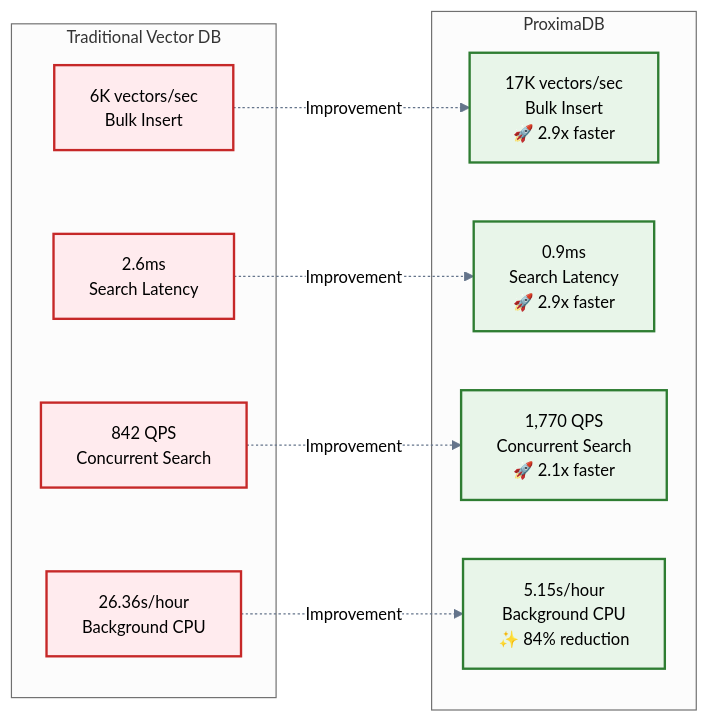
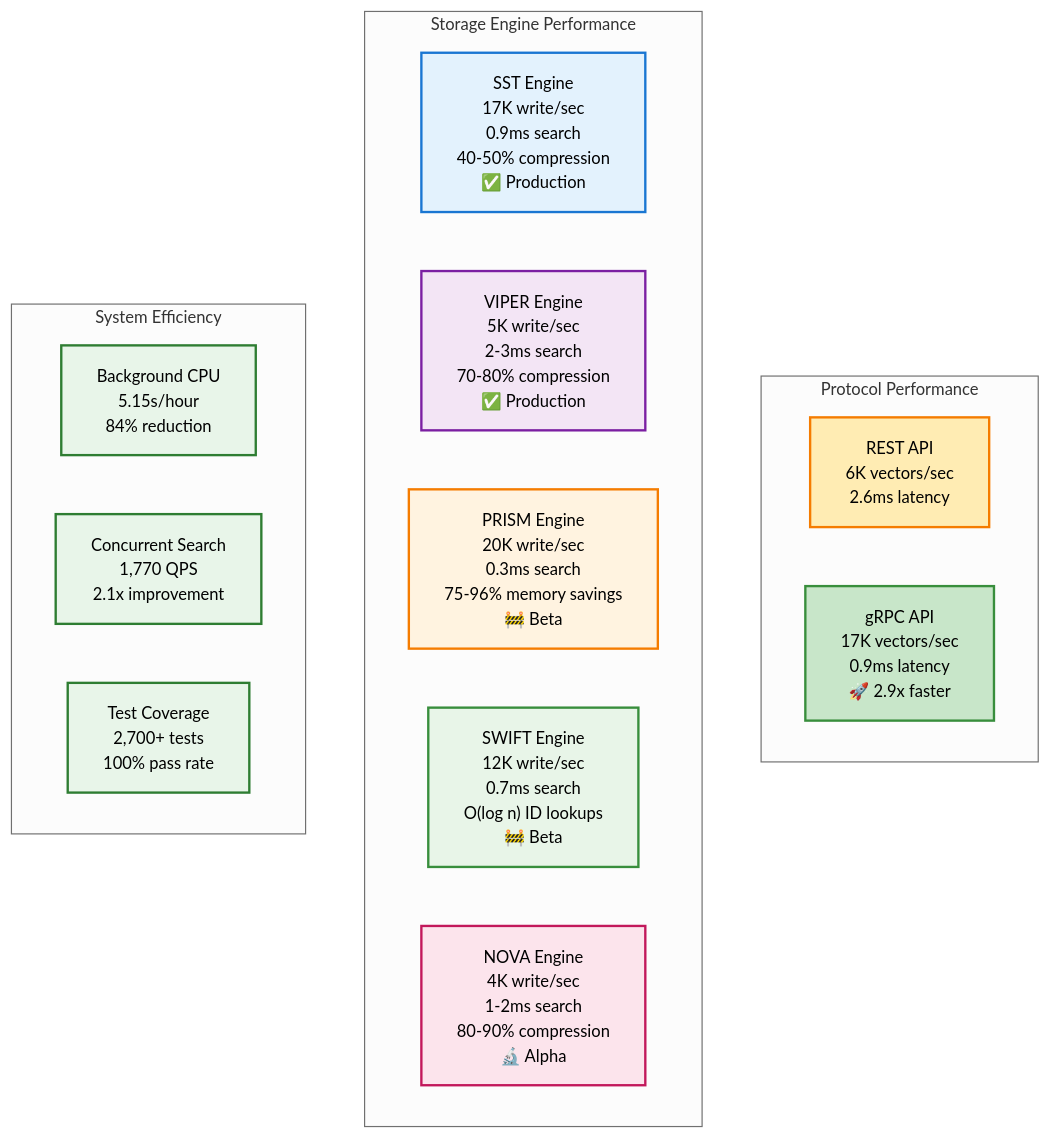
One commit to vjsingh1984/proximaDB changed the diagram in docs/diagrams/performance-metrics.mmd. Above: the diagram before and after it, drawn with Mermaid. The commit also changed 26 other files, not shown here.

```diff
--- a/docs/diagrams/performance-metrics.mmd
+++ b/docs/diagrams/performance-metrics.mmd
@@ -1,30 +1,36 @@
 %%{init: {"theme":"neutral", "themeVariables": {"primaryColor":"#4A90E2","primaryBorderColor":"#2563eb","secondaryColor":"#5CB85C","tertiaryColor":"#F5A623","lineColor":"#64748b","background":"transparent","fontFamily":"-apple-system, BlinkMacSystemFont, Segoe UI, Roboto, sans-serif","fontSize":"14px"}}}%%
-graph LR
-    subgraph "Traditional Vector DB"
-        T1["6K vectors/sec<br/>Bulk Insert"] 
-        T2["2.6ms<br/>Search Latency"]
-        T3["842 QPS<br/>Concurrent Search"]
-        T4["26.36s/hour<br/>Background CPU"]
+graph TB
+    subgraph "Protocol Performance"
+        REST["REST API<br/>6K vectors/sec<br/>2.6ms latency"]
+        GRPC["gRPC API<br/>17K vectors/sec<br/>0.9ms latency<br/>🚀 2.9x faster"]
     end
     
-    subgraph "ProximaDB"
-        P1["17K vectors/sec<br/>Bulk Insert<br/>🚀 2.9x faster"]
-        P2["0.9ms<br/>Search Latency<br/>🚀 2.9x faster"]
-        P3["1,770 QPS<br/>Concurrent Search<br/>🚀 2.1x faster"]
-        P4["5.15s/hour<br/>Background CPU<br/>✨ 84% reduction"]
+    subgraph "Storage Engine Performance"
+        SST["SST Engine<br/>17K write/sec<br/>0.9ms search<br/>40-50% compression<br/>✅ Production"]
+        VIPER["VIPER Engine<br/>5K write/sec<br/>2-3ms search<br/>70-80% compression<br/>✅ Production"]
+        PRISM["PRISM Engine<br/>20K write/sec<br/>0.3ms search<br/>75-96% memory savings<br/>🚧 Beta"]
+        SWIFT["SWIFT Engine<br/>12K write/sec<br/>0.7ms search<br/>O(log n) ID lookups<br/>🚧 Beta"]
+        NOVA["NOVA Engine<br/>4K write/sec<br/>1-2ms search<br/>80-90% compression<br/>🔬 Alpha"]
     end
     
-    T1 -.->|"Improvement"| P1
-    T2 -.->|"Improvement"| P2
-    T3 -.->|"Improvement"| P3
-    T4 -.->|"Improvement"| P4
+    subgraph "System Efficiency"
+        CPU["Background CPU<br/>5.15s/hour<br/>84% reduction"]
+        QPS["Concurrent Search<br/>1,770 QPS<br/>2.1x improvement"]
+        Tests["Test Coverage<br/>2,700+ tests<br/>100% pass rate"]
+    end
     
-    style T1 fill:#ffebee,stroke:#c62828,stroke-width:2px
-    style T2 fill:#ffebee,stroke:#c62828,stroke-width:2px
-    style T3 fill:#ffebee,stroke:#c62828,stroke-width:2px
-    style T4 fill:#ffebee,stroke:#c62828,stroke-width:2px
+    %% Protocol styling
+    style REST fill:#ffecb3,stroke:#f57c00,stroke-width:2px
+    style GRPC fill:#c8e6c9,stroke:#388e3c,stroke-width:2px
     
-    style P1 fill:#e8f5e9,stroke:#2e7d32,stroke-width:2px
-    style P2 fill:#e8f5e9,stroke:#2e7d32,stroke-width:2px
-    style P3 fill:#e8f5e9,stroke:#2e7d32,stroke-width:2px
-    style P4 fill:#e8f5e9,stroke:#2e7d32,stroke-width:2px
+    %% Engine styling
+    style SST fill:#e3f2fd,stroke:#1976d2,stroke-width:2px
+    style VIPER fill:#f3e5f5,stroke:#7b1fa2,stroke-width:2px
+    style PRISM fill:#fff3e0,stroke:#f57c00,stroke-width:2px
+    style SWIFT fill:#e8f5e8,stroke:#388e3c,stroke-width:2px
+    style NOVA fill:#fce4ec,stroke:#c2185b,stroke-width:2px
+    
+    %% System styling
+    style CPU fill:#e8f5e9,stroke:#2e7d32,stroke-width:2px
+    style QPS fill:#e8f5e9,stroke:#2e7d32,stroke-width:2px
+    style Tests fill:#e8f5e9,stroke:#2e7d32,stroke-width:2px
```
